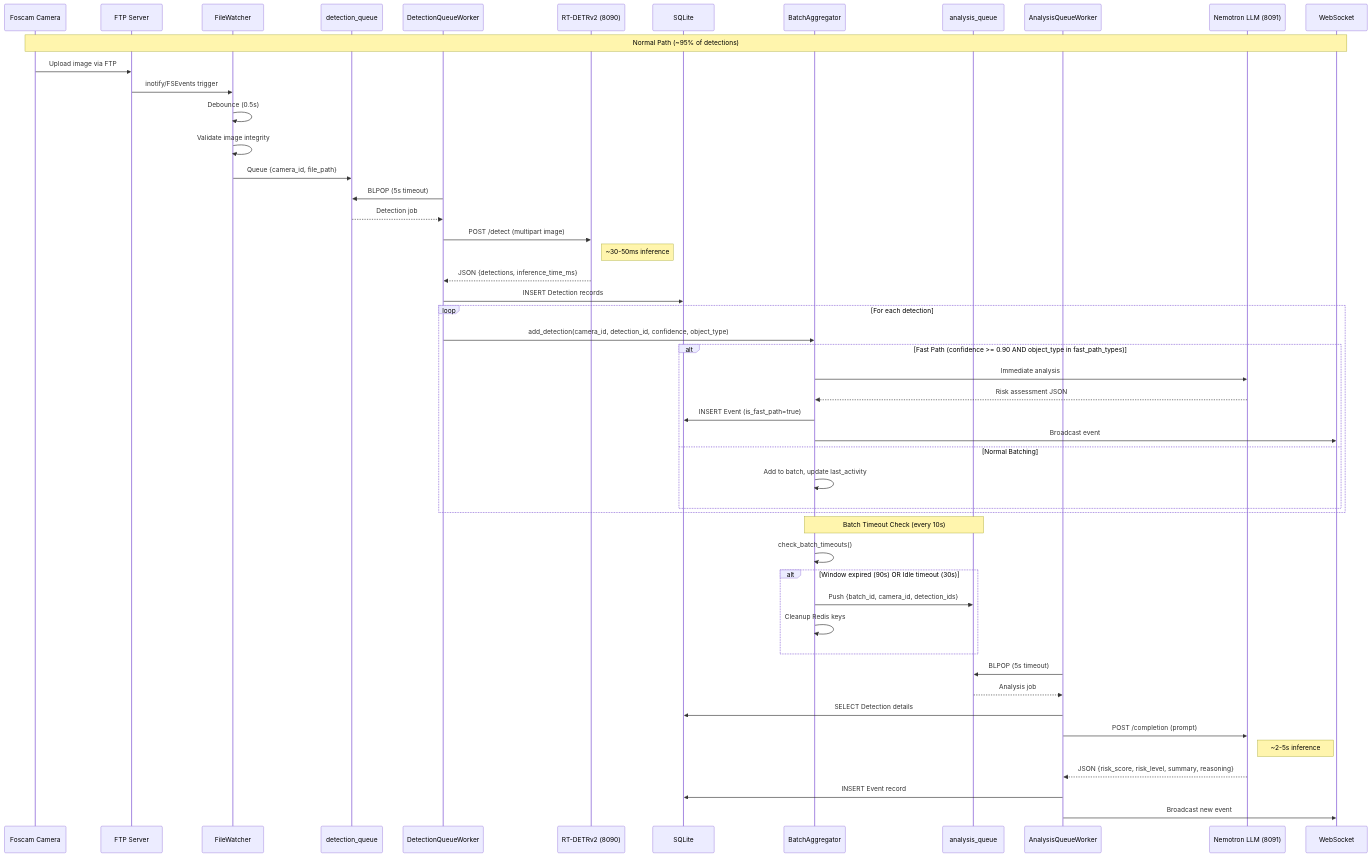
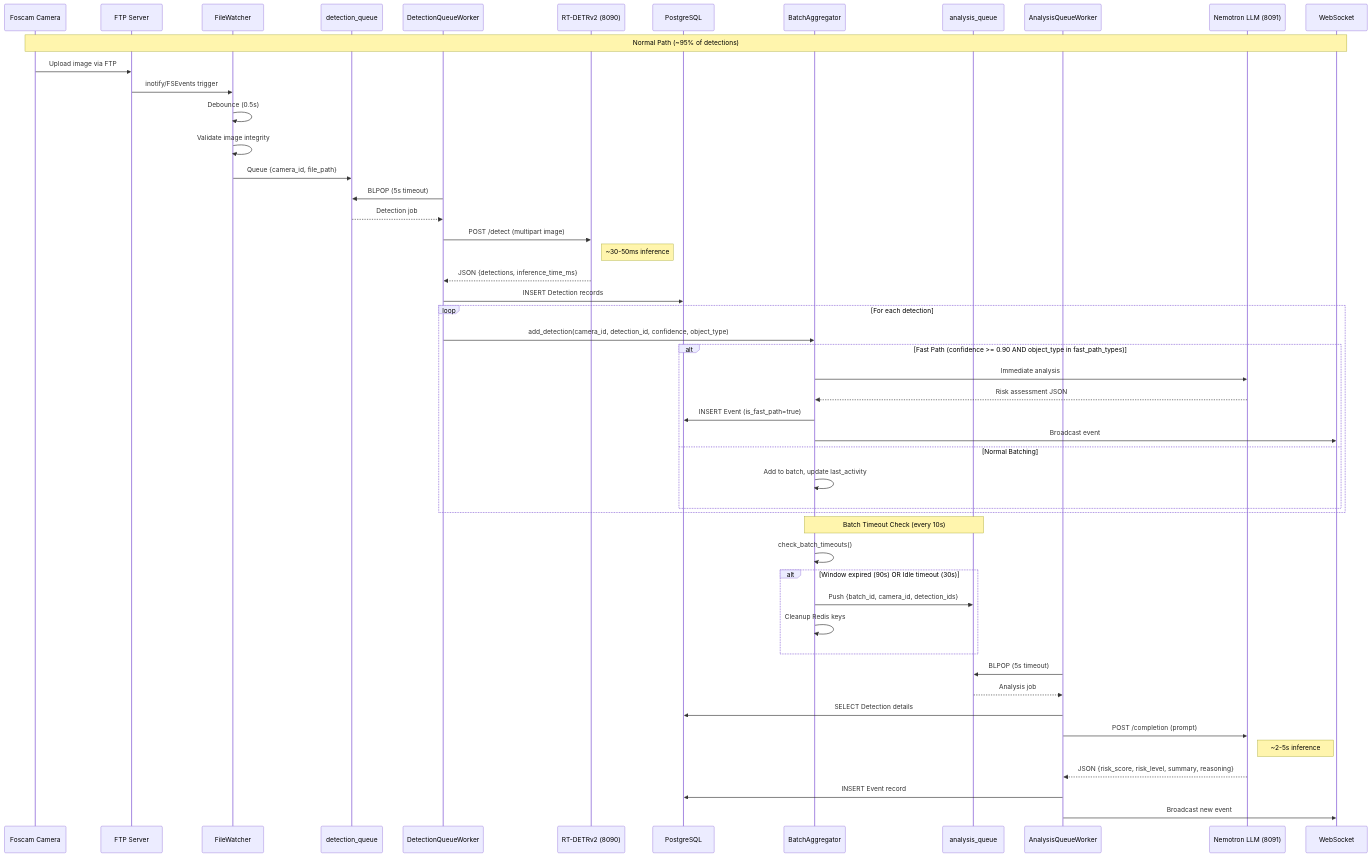
Before and after one commit to mikesvoboda/nemotron-v3-home-security-intelligence: the first of 6 diagrams in docs/architecture/ai-pipeline.md, drawn with Mermaid. The commit also changed other lines of this file and 9 other files, not shown here.

First line of the commit message:
docs: replace SQLite references with PostgreSQL throughout documentation (#52)

````diff
--- a/docs/architecture/ai-pipeline.md
+++ b/docs/architecture/ai-pipeline.md
@@ -61,57 +61,57 @@
 ```mermaid
 sequenceDiagram
     participant Camera as Foscam Camera
     participant FTP as FTP Server
     participant FW as FileWatcher
     participant DQ as detection_queue
     participant DW as DetectionQueueWorker
     participant RT as RT-DETRv2 (8090)
-    participant DB as SQLite
+    participant DB as PostgreSQL
     participant BA as BatchAggregator
     participant AQ as analysis_queue
     participant AW as AnalysisQueueWorker
     participant NEM as Nemotron LLM (8091)
     participant WS as WebSocket
 
     Note over Camera,WS: Normal Path (~95% of detections)
     Camera->>FTP: Upload image via FTP
     FTP->>FW: inotify/FSEvents trigger
     FW->>FW: Debounce (0.5s)
     FW->>FW: Validate image integrity
     FW->>DQ: Queue {camera_id, file_path}
 
     DW->>DQ: BLPOP (5s timeout)
     DQ-->>DW: Detection job
     DW->>RT: POST /detect (multipart image)
     Note right of RT: ~30-50ms inference
     RT-->>DW: JSON {detections, inference_time_ms}
     DW->>DB: INSERT Detection records
 
     loop For each detection
         DW->>BA: add_detection(camera_id, detection_id, confidence, object_type)
         alt Fast Path (confidence >= 0.90 AND object_type in fast_path_types)
             BA->>NEM: Immediate analysis
             NEM-->>BA: Risk assessment JSON
             BA->>DB: INSERT Event (is_fast_path=true)
             BA->>WS: Broadcast event
         else Normal Batching
             BA->>BA: Add to batch, update last_activity
         end
     end
 
     Note over BA,AQ: Batch Timeout Check (every 10s)
     BA->>BA: check_batch_timeouts()
     alt Window expired (90s) OR Idle timeout (30s)
         BA->>AQ: Push {batch_id, camera_id, detection_ids}
         BA->>BA: Cleanup Redis keys
     end
 
     AW->>AQ: BLPOP (5s timeout)
     AQ-->>AW: Analysis job
     AW->>DB: SELECT Detection details
     AW->>NEM: POST /completion (prompt)
     Note right of NEM: ~2-5s inference
     NEM-->>AW: JSON {risk_score, risk_level, summary, reasoning}
     AW->>DB: INSERT Event record
     AW->>WS: Broadcast new event
 ```
````
